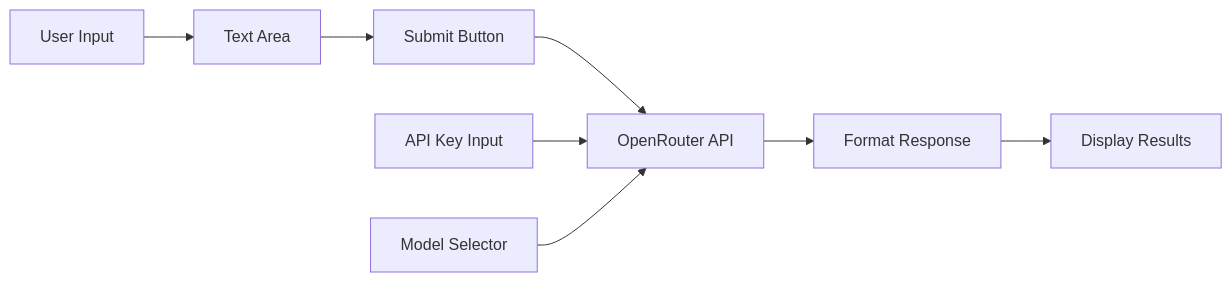
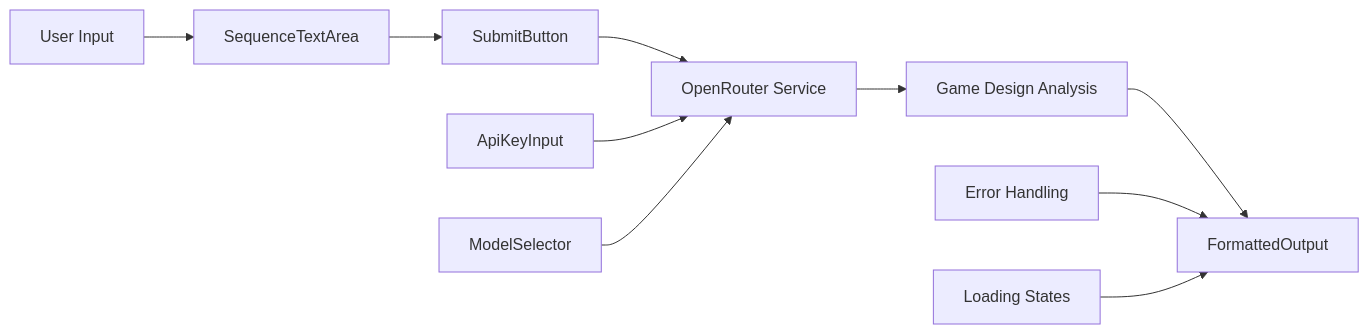
One commit to uz0r/QoderRepos changed the first of 2 diagrams in number-sequence-analyzer/docs/design.md. Above: the diagram before and after it, drawn with Mermaid. The commit also changed other lines of this file, not shown here.

````diff
--- a/number-sequence-analyzer/docs/design.md
+++ b/number-sequence-analyzer/docs/design.md
@@ -54,11 +73,13 @@
 ```mermaid
 flowchart LR
-    A[User Input] --> B[Text Area]
-    B --> C[Submit Button]
-    C --> D[OpenRouter API]
-    D --> E[Format Response]
-    E --> F[Display Results]
+    A[User Input] --> B[SequenceTextArea]
+    B --> C[SubmitButton]
+    C --> D[OpenRouter Service]
+    D --> E[Game Design Analysis]
+    E --> F[FormattedOutput]
     
-    G[API Key Input] --> D
-    H[Model Selector] --> D
+    G[ApiKeyInput] --> D
+    H[ModelSelector] --> D
+    I[Error Handling] --> F
+    J[Loading States] --> F
 ```
````
